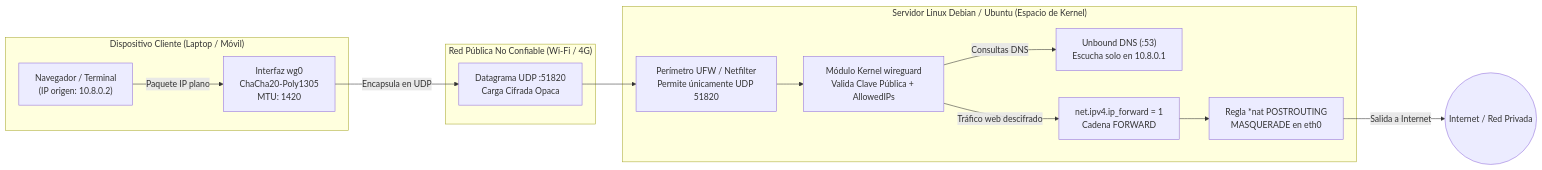
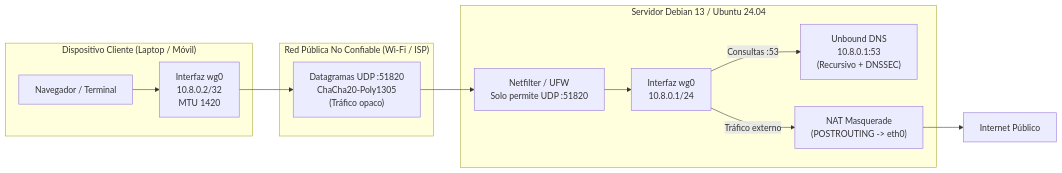
One commit to JorgeDoicela/jorge_doicela changed the first of 2 diagrams in frontend/web/src/app/(doiceladev)/entities/projects/drafts/es.vpn-privada-wireguard-linux.md. Above: the diagram before and after it, drawn with Mermaid. The commit also changed other lines of this file and 16 other files, not shown here.

````diff
--- a/frontend/web/src/app/(doiceladev)/entities/projects/drafts/es.vpn-privada-wireguard-linux.md
+++ b/frontend/web/src/app/(doiceladev)/entities/projects/drafts/es.vpn-privada-wireguard-linux.md
@@ -49,28 +54,20 @@
 ```mermaid
 flowchart LR
     subgraph Cliente ["Dispositivo Cliente (Laptop / Móvil)"]
-        App["Navegador / Terminal\n(IP origen: 10.8.0.2)"]
-        WGClient["Interfaz wg0\nChaCha20-Poly1305\nMTU: 1420"]
+        App["Navegador / Terminal"] --> WGClient["Interfaz wg0\n10.8.0.2/32\nMTU 1420"]
     end
 
-    subgraph RedPublica ["Red Pública No Confiable (Wi-Fi / 4G)"]
-        UDP["Datagrama UDP :51820\nCarga Cifrada Opaca"]
+    subgraph RedPublica ["Red Pública No Confiable (Wi-Fi / ISP)"]
+        UDP["Datagramas UDP :51820\nChaCha20-Poly1305\n(Tráfico opaco)"]
     end
 
-    subgraph Servidor ["Servidor Linux Debian / Ubuntu (Espacio de Kernel)"]
-        UFW["Perímetro UFW / Netfilter\nPermite únicamente UDP 51820"]
-        WGServer["Módulo Kernel wireguard\nValida Clave Pública + AllowedIPs"]
-        Unbound["Unbound DNS (:53)\nEscucha solo en 10.8.0.1"]
-        Routing["net.ipv4.ip_forward = 1\nCadena FORWARD"]
-        NAT["Regla *nat POSTROUTING\nMASQUERADE en eth0"]
+    subgraph VPS ["Servidor Debian 13 / Ubuntu 24.04"]
+        UFWNode["Netfilter / UFW\nSolo permite UDP :51820"] --> WGServer["Interfaz wg0\n10.8.0.1/24"]
+        WGServer -->|"Consultas :53"| Unbound["Unbound DNS\n10.8.0.1:53\n(Recursivo + DNSSEC)"]
+        WGServer -->|"Tráfico externo"| NAT["NAT Masquerade\n(POSTROUTING -> eth0)"]
     end
 
-    App -->|"Paquete IP plano"| WGClient
-    WGClient -->|"Encapsula en UDP"| UDP
-    UDP --> UFW
-    UFW --> WGServer
-    WGServer -->|"Consultas DNS"| Unbound
-    WGServer -->|"Tráfico web descifrado"| Routing
-    Routing --> NAT
-    NAT -->|"Salida a Internet"| Internet(("Internet / Red Privada"))
+    WGClient --> UDP
+    UDP --> UFWNode
+    NAT --> Internet["Internet Público"]
 ```
````
